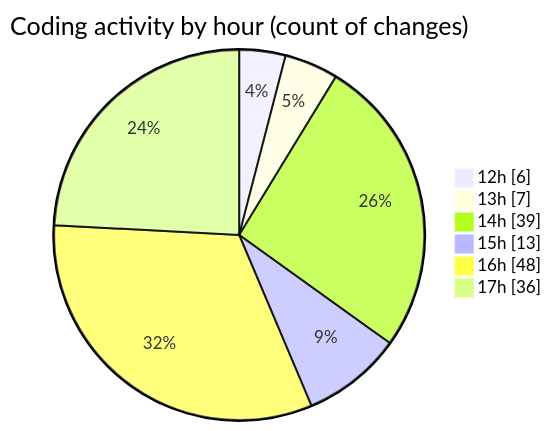
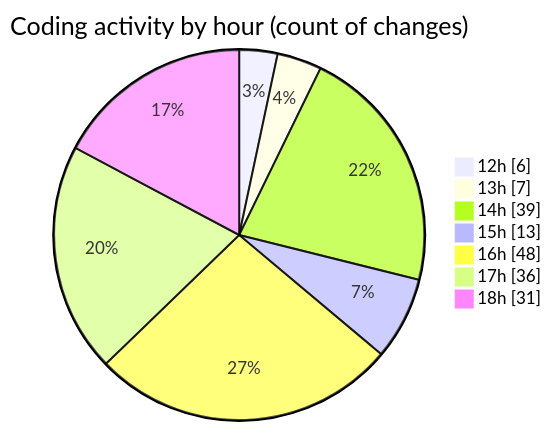
One commit to nxtqubesakshisongat/code-tracking changed the second of 2 diagrams in 2025-05-26/nxtqube_webapp/README.md. Above: the diagram before and after it, drawn with Mermaid. The commit also changed other lines of this file and 1 other file, not shown here.

````diff
--- a/2025-05-26/nxtqube_webapp/README.md
+++ b/2025-05-26/nxtqube_webapp/README.md
@@ -31,10 +31,11 @@
 ```mermaid
 pie showData
 title Coding activity by hour (count of changes)
 "12h" : 6
 "13h" : 7
 "14h" : 39
 "15h" : 13
 "16h" : 48
 "17h" : 36
+"18h" : 31
 ```
````
